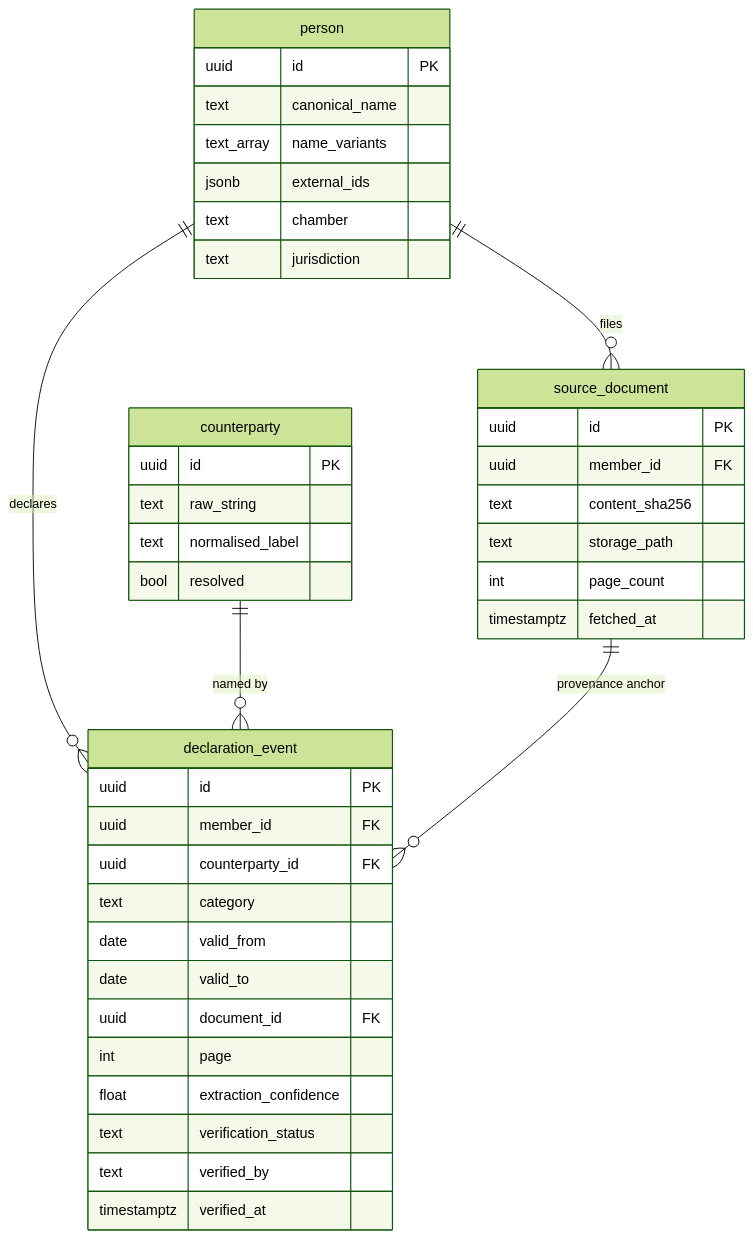
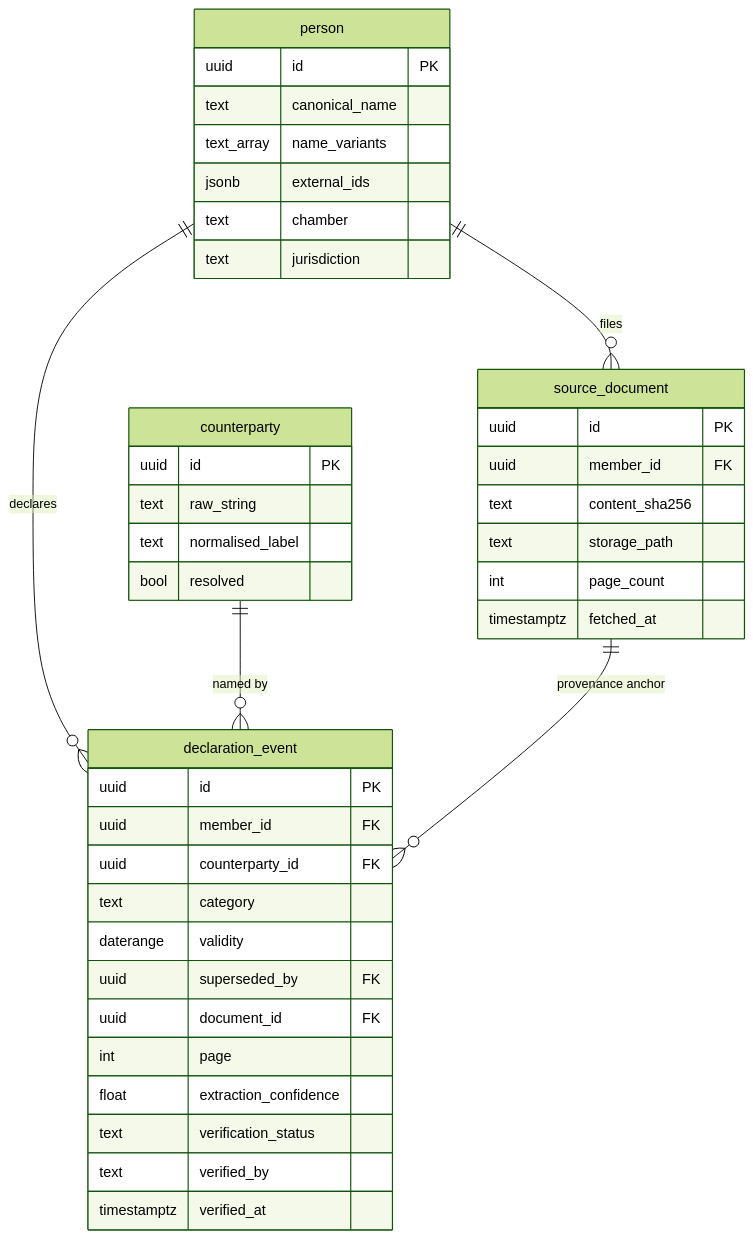
One commit to jeremiah-wa/plain-sight changed the fourth of 5 diagrams in docs/ARCHITECTURE.md. Above: the diagram before and after it, drawn with Mermaid (forest theme). The commit also changed other lines of this file and 5 other files, not shown here.

````diff
--- a/docs/ARCHITECTURE.md
+++ b/docs/ARCHITECTURE.md
@@ -148,44 +148,44 @@
 ```mermaid
 erDiagram
     person ||--o{ source_document : "files"
     person ||--o{ declaration_event : "declares"
     counterparty ||--o{ declaration_event : "named by"
     source_document ||--o{ declaration_event : "provenance anchor"
 
     person {
         uuid id PK
         text canonical_name
         text_array name_variants
         jsonb external_ids
         text chamber
         text jurisdiction
     }
     source_document {
         uuid id PK
         uuid member_id FK
         text content_sha256
         text storage_path
         int page_count
         timestamptz fetched_at
     }
     counterparty {
         uuid id PK
         text raw_string
         text normalised_label
         bool resolved
     }
     declaration_event {
         uuid id PK
         uuid member_id FK
         uuid counterparty_id FK
         text category
-        date valid_from
-        date valid_to
+        daterange validity
+        uuid superseded_by FK
         uuid document_id FK
         int page
         float extraction_confidence
         text verification_status
         text verified_by
         timestamptz verified_at
     }
 ```
````
